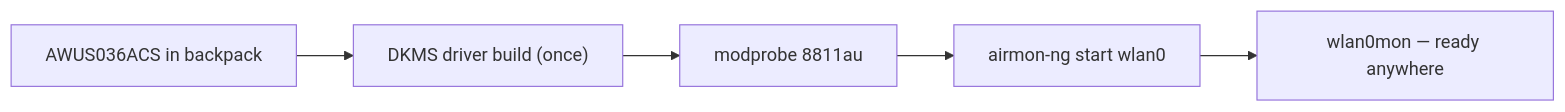
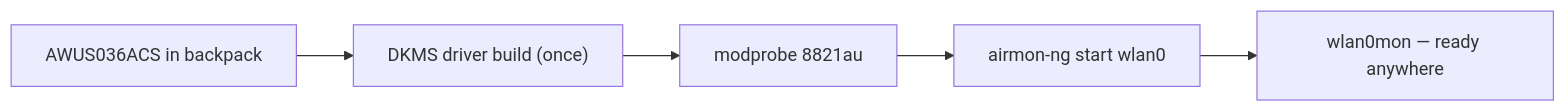
One commit to yopitek/yupitek-wiki changed the diagram in docs/01-alfa-network/products/awus036acs/index.md. Above: the diagram before and after it, drawn with Mermaid. The commit also changed other lines of this file and 1 other file, not shown here.

````diff
--- a/docs/01-alfa-network/products/awus036acs/index.md
+++ b/docs/01-alfa-network/products/awus036acs/index.md
@@ -46,7 +46,7 @@
 ```mermaid
 flowchart LR
     A["AWUS036ACS in backpack"] --> B["DKMS driver build (once)"]
-    B --> C["modprobe 8811au"]
+    B --> C["modprobe 8821au"]
     C --> D["airmon-ng start wlan0"]
     D --> E["wlan0mon — ready anywhere"]
 ```
````
